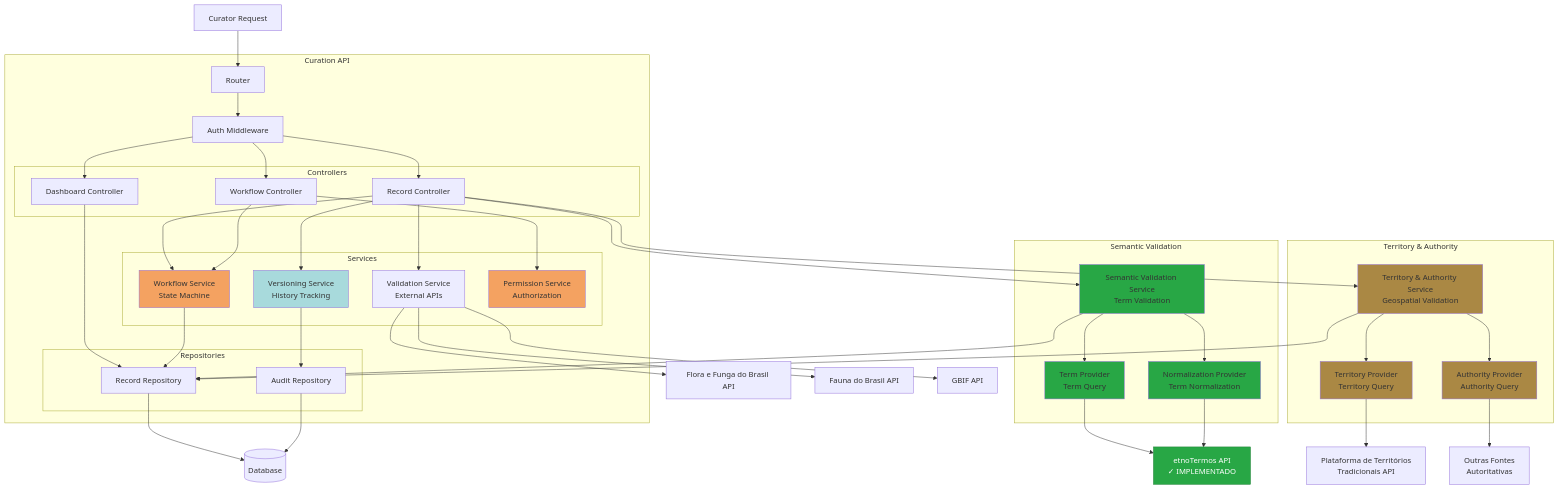
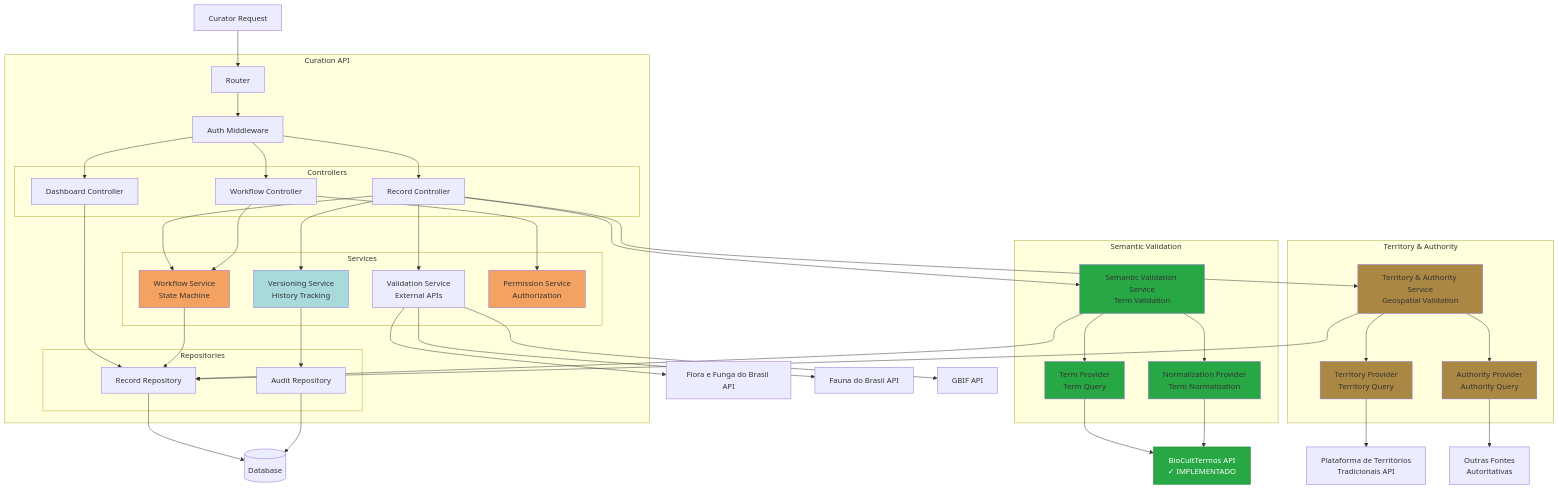
One commit to edalcin/Arquitetura-BioCultural changed the third of 7 diagrams in docs/c4-model/03-component-diagram.md. Above: the diagram before and after it, drawn with Mermaid. The commit also changed other lines of this file and 12 other files, not shown here.

Commit message:
docs: atualizar referencias de etnoDB/etnopapers/etnoRelatos/etnotermos/etnoArquitetura para os novos nomes de marca (BioCultDB, BioCultPapers, BioCultRelatos, BioCultTermos, Arquitetura BioCultural)

````diff
--- a/docs/c4-model/03-component-diagram.md
+++ b/docs/c4-model/03-component-diagram.md
@@ -409,8 +409,8 @@
 
     SVS --> TP2
     SVS --> NP
-    TP2 --> ETNOTERMOS[etnoTermos API<br/>✓ IMPLEMENTADO]
-    NP --> ETNOTERMOS
+    TP2 --> BIOCULTTERMOS[BioCultTermos API<br/>✓ IMPLEMENTADO]
+    NP --> BIOCULTTERMOS
 
     REC --> SVS
     SVS --> RR2
@@ -441,5 +441,5 @@
     style SVS fill:#28a745
     style TP2 fill:#28a745
     style NP fill:#28a745
-    style ETNOTERMOS fill:#28a745,stroke:#1e7e34,color:#ffffff
+    style BIOCULTTERMOS fill:#28a745,stroke:#1e7e34,color:#ffffff
 ```
````
